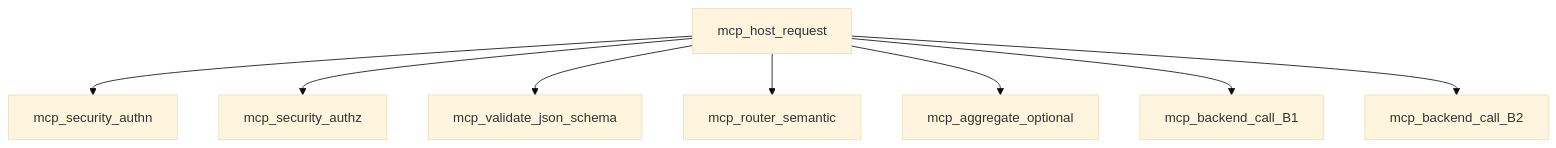
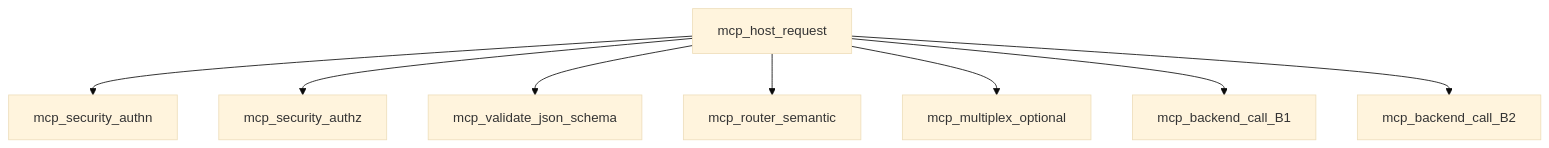
The fifth of 6 diagrams in docs/architecture/mcp_gateway.plan.md (KarmaXP/mcp-gateway), drawn with Mermaid (base theme) before and after one commit. The commit also changed other lines of this file and 3 other files, not shown here.

````diff
--- a/docs/architecture/mcp_gateway.plan.md
+++ b/docs/architecture/mcp_gateway.plan.md
@@ -696,18 +695,18 @@
 ```mermaid
 flowchart TB
   root[mcp_host_request]
   authn[mcp_security_authn]
   authz[mcp_security_authz]
   val[mcp_validate_json_schema]
   rtr[mcp_router_semantic]
-  agg[mcp_aggregate_optional]
+  mpx[mcp_multiplex_optional]
   be1[mcp_backend_call_B1]
   be2[mcp_backend_call_B2]
   root --> authn
   root --> authz
   root --> val
   root --> rtr
-  root --> agg
+  root --> mpx
   root --> be1
   root --> be2
 ```
````
